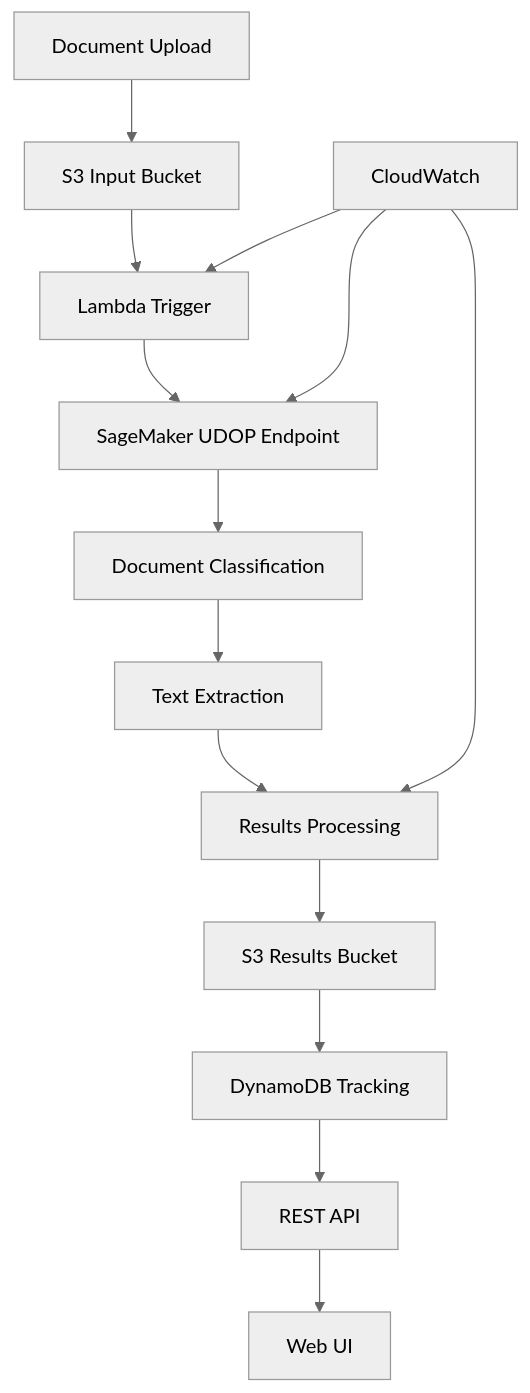
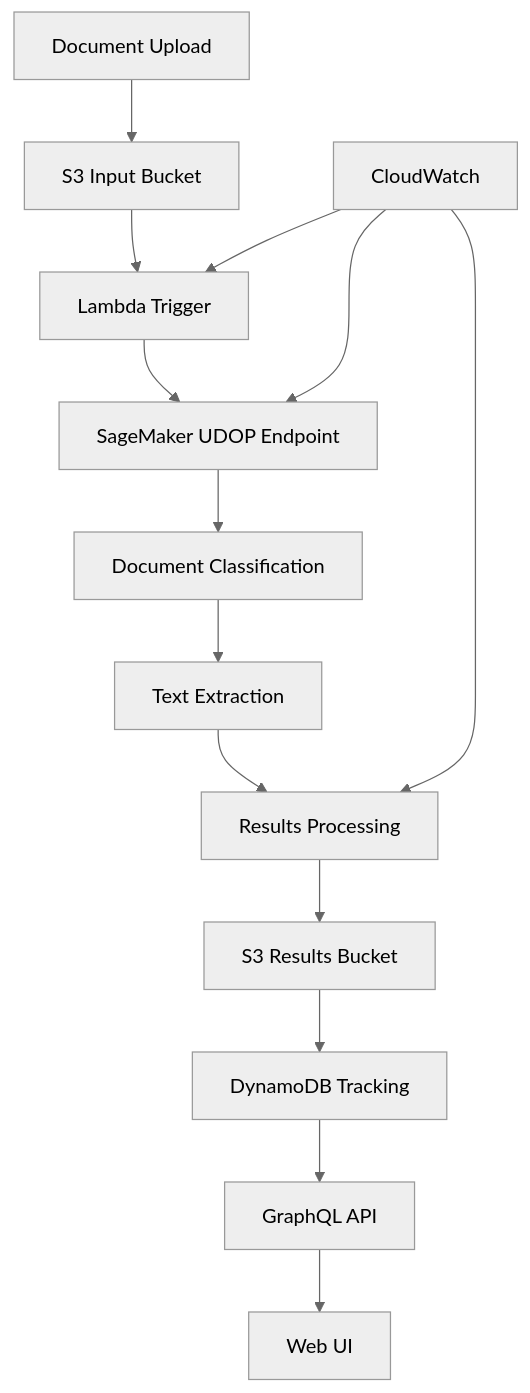
The diagram in docs/content/examples/sagemaker-udop.md (awslabs/genai-idp-terraform), drawn with Mermaid (neutral theme) before and after one commit. The commit also changed other lines of this file and 195 other files, not shown here.

````diff
--- a/docs/content/examples/sagemaker-udop.md
+++ b/docs/content/examples/sagemaker-udop.md
@@ -86,17 +86,17 @@
 ```mermaid
 graph TB
     A[Document Upload] --> B[S3 Input Bucket]
     B --> C[Lambda Trigger]
     C --> D[SageMaker UDOP Endpoint]
     D --> E[Document Classification]
     E --> F[Text Extraction]
     F --> G[Results Processing]
     G --> H[S3 Results Bucket]
     H --> I[DynamoDB Tracking]
-    I --> J[REST API]
+    I --> J[GraphQL API]
     J --> K[Web UI]
     
     L[CloudWatch] --> D
     L --> C
     L --> G
 ```
````
